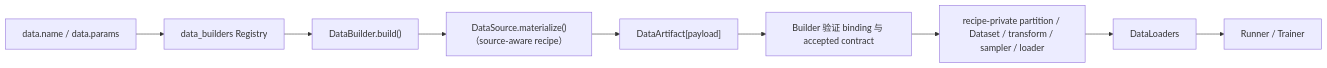
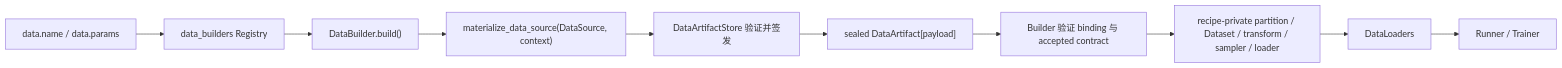
One commit to supermassiveasshole/stochaflow changed the diagram in docs/configuration/data-pipeline.md. Above: the diagram before and after it, drawn with Mermaid. The commit also changed other lines of this file and 35 other files, not shown here.

Commit message:
Close DataArtifact producer lifecycle

````diff
--- a/docs/configuration/data-pipeline.md
+++ b/docs/configuration/data-pipeline.md
@@ -6,11 +6,12 @@
 ```mermaid
 flowchart LR
     A["data.name / data.params"] --> B["data_builders Registry"]
     B --> C["DataBuilder.build()"]
-    C --> D["DataSource.materialize()（source-aware recipe）"]
-    D --> E["DataArtifact[payload]"]
+    C --> D["materialize_data_source(DataSource, context)"]
+    D --> S["DataArtifactStore 验证并签发"]
+    S --> E["sealed DataArtifact[payload]"]
     E --> V["Builder 验证 binding 与 accepted contract"]
     V --> F["recipe-private partition / Dataset / transform / sampler / loader"]
     F --> G["DataLoaders"]
     G --> H["Runner / Trainer"]
 ```
````
